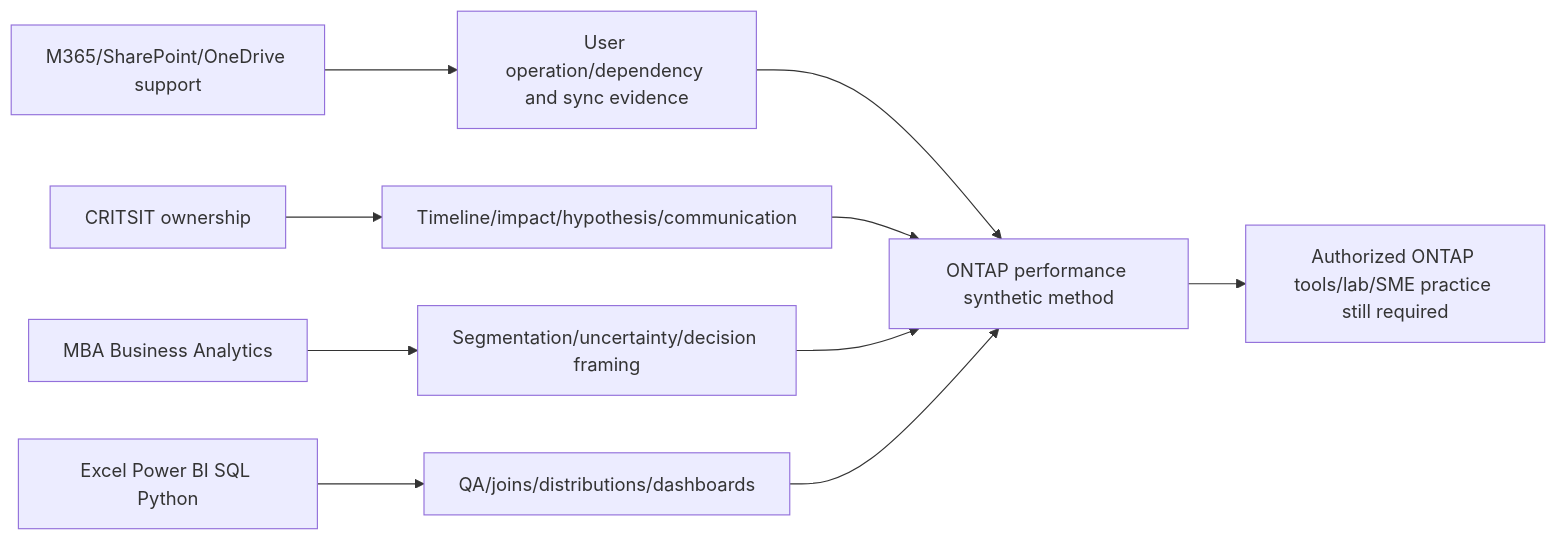
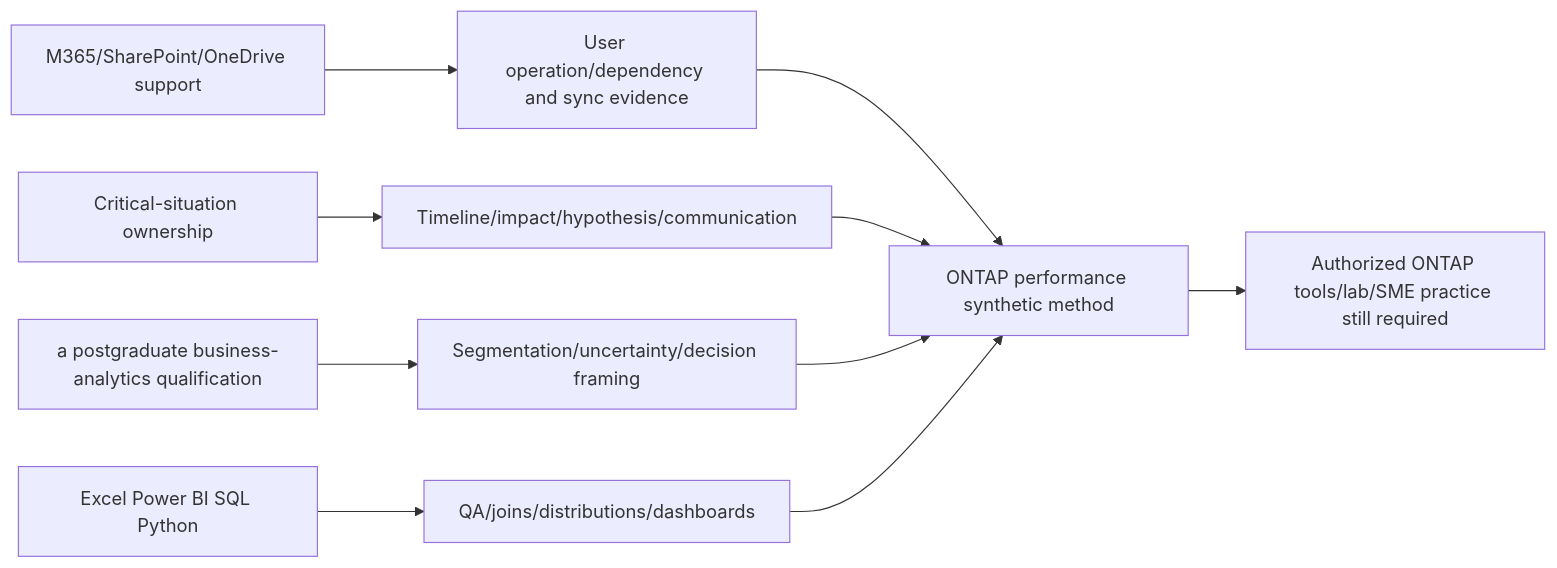
Diagram 26 of 27 in NetApp TAM/prep/Part-43-ontap-performance-counters.md (hichauhan-in/Interview-Prep), drawn with Mermaid before and after one commit. The commit also changed other lines of this file and 493 other files, not shown here.

````diff
--- a/NetApp TAM/prep/Part-43-ontap-performance-counters.md
+++ b/NetApp TAM/prep/Part-43-ontap-performance-counters.md
@@ -939,12 +939,12 @@
 ```mermaid
 flowchart LR
     M365[M365/SharePoint/OneDrive support] --> SCOPE[User operation/dependency and sync evidence]
-    CRIT[CRITSIT ownership] --> TIME[Timeline/impact/hypothesis/communication]
-    MBA[MBA Business Analytics] --> MODEL[Segmentation/uncertainty/decision framing]
+    CRIT[Critical-situation ownership] --> TIME[Timeline/impact/hypothesis/communication]
+    MBA[a postgraduate business-analytics qualification] --> MODEL[Segmentation/uncertainty/decision framing]
     BI[Excel Power BI SQL Python] --> DATA[QA/joins/distributions/dashboards]
     SCOPE --> ONTAP[ONTAP performance synthetic method]
     TIME --> ONTAP
     MODEL --> ONTAP
     DATA --> ONTAP
     ONTAP --> GAP[Authorized ONTAP tools/lab/SME practice still required]
 ```
````
